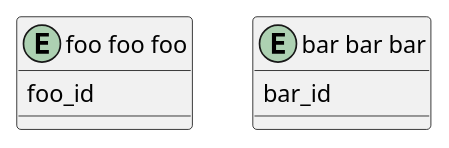
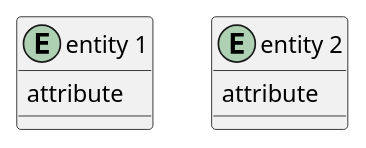
Before and after one commit to crsml/plantuml: the second of 9 diagrams in er-diagram-cheat-sheet.md, drawn with PlantUML. The commit also changed other lines of this file, not shown here.

````diff
--- a/er-diagram-cheat-sheet.md
+++ b/er-diagram-cheat-sheet.md
@@ -20,10 +20,10 @@
 ```uml
 @startuml
-    entity "foo foo foo" as foo {
-        foo_id
+    entity "entity 1" as entity1 {
+        attribute
     }
-    entity "bar bar bar" as bar {
-        bar_id
+    entity "entity 2" as entity2 {
+        attribute
     }
 @enduml
 ```
````
